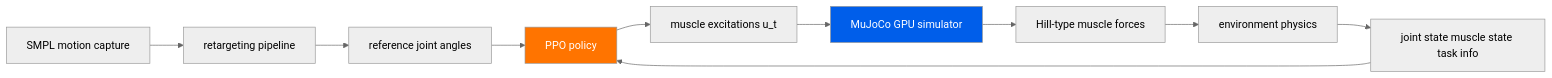
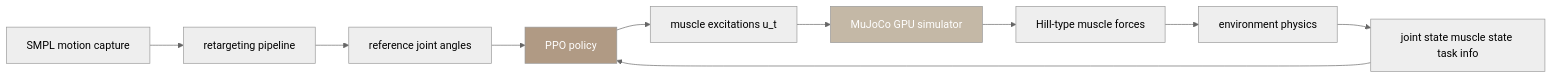
One commit to bopi-bot/bopi-research changed the diagram in _digests/2603.25544.md. Above: the diagram before and after it, drawn with Mermaid (neutral theme). The commit also changed 6 other files, not shown here.

Commit message:
mermaid diagrams: earthy brown/gray palette instead of bright blue/orange

````diff
--- a/_digests/2603.25544.md
+++ b/_digests/2603.25544.md
@@ -25,15 +25,15 @@
 ```mermaid
 flowchart LR
     mocap[SMPL motion capture] --> RT[retargeting pipeline]
     RT --> joint_ref[reference joint angles]
     joint_ref --> PPO[PPO policy]
     obs[joint state muscle state task info] --> PPO
     PPO --> exc[muscle excitations u_t]
     exc --> Sim[MuJoCo GPU simulator]
     Sim --> torque[Hill-type muscle forces]
     torque --> env[environment physics]
     env --> obs
     
-    style Sim fill:#005EEA,color:#fff
-    style PPO fill:#FF7400,color:#fff
+    style Sim fill:#c4b8a6,color:#fff
+    style PPO fill:#b09a84,color:#fff
 ```
````
